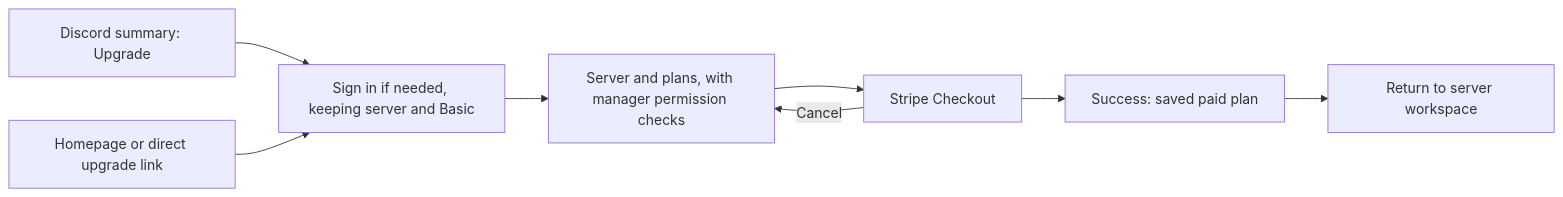
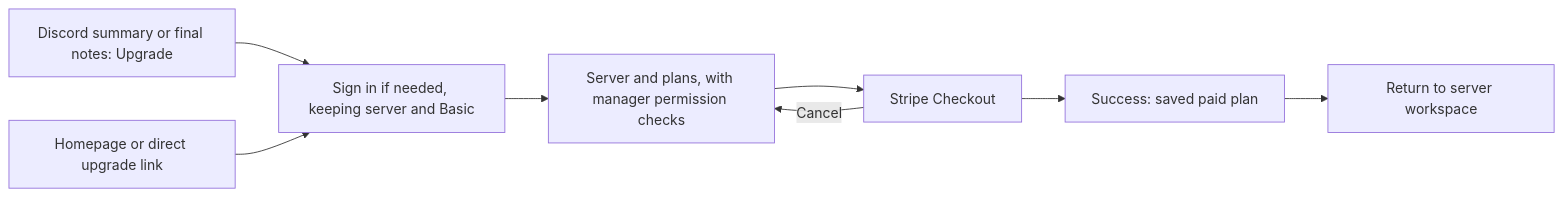
Before and after one commit to Chronote-gg/Chronote: the diagram in docs/upgrade-flow.md, drawn with Mermaid. The commit also changed other lines of this file and 9 other files, not shown here.

Commit message:
Show recorded time and support appeal beside summary and notes upgrades

````diff
--- a/docs/upgrade-flow.md
+++ b/docs/upgrade-flow.md
@@ -11,10 +11,10 @@
 ```mermaid
 flowchart LR
-  Summary["Discord summary: Upgrade"] --> SignIn["Sign in if needed, keeping server and Basic"]
+  Summary["Discord summary or final notes: Upgrade"] --> SignIn["Sign in if needed, keeping server and Basic"]
   Direct["Homepage or direct upgrade link"] --> SignIn
   SignIn --> Plans["Server and plans, with manager permission checks"]
   Plans --> Checkout["Stripe Checkout"]
   Checkout --> Success["Success: saved paid plan"]
   Success --> Portal["Return to server workspace"]
   Checkout -->|Cancel| Plans
 ```
````
